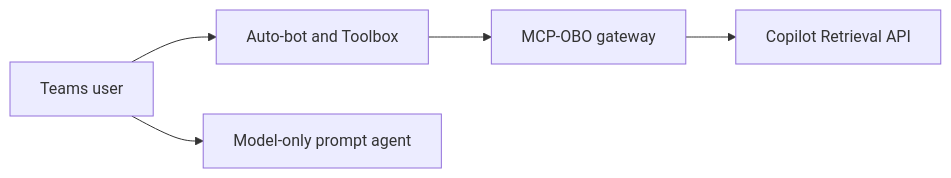
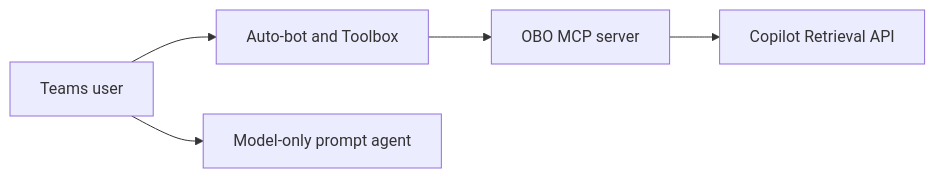
Before and after one commit to Heenanl/Foundry_EnterpriseAgents: the third of 3 diagrams in guides/agent-tool-support-matrix.md, drawn with Mermaid. The commit also changed other lines of this file and 23 other files, not shown here.

First line of the commit message:
Rename the OBO gateway to obo-mcp-server and document private hosting

````diff
--- a/guides/agent-tool-support-matrix.md
+++ b/guides/agent-tool-support-matrix.md
@@ -34,7 +34,7 @@
 ```mermaid
 flowchart LR
 U[Teams user] --> A[Auto-bot and Toolbox]
-A --> G[MCP-OBO gateway]
+A --> G[OBO MCP server]
 G --> R[Copilot Retrieval API]
 U --> M[Model-only prompt agent]
 ```
````
